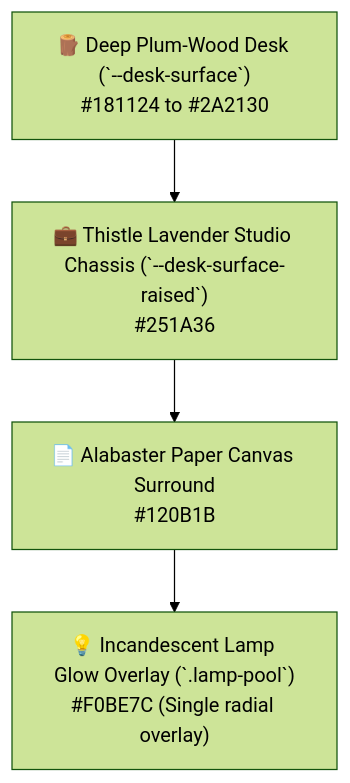
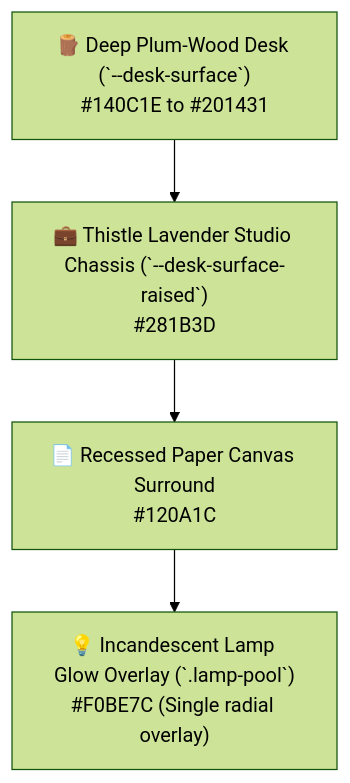
One commit to lxcario/PixiBun changed the first of 5 diagrams in DESIGN.md. Above: the diagram before and after it, drawn with Mermaid (forest theme). The commit also changed other lines of this file and 3 other files, not shown here.

Commit message:
docs: enrich technical specifications, shortcuts, and architecture documentation

````diff
--- a/DESIGN.md
+++ b/DESIGN.md
@@ -18,6 +18,6 @@
 ```mermaid
 graph TD
-    Desk["🪵 Deep Plum-Wood Desk (`--desk-surface`)<br/>#181124 to #2A2130"] --> Chassis["💼 Thistle Lavender Studio Chassis (`--desk-surface-raised`)<br/>#251A36"]
-    Chassis --> Viewport["📄 Alabaster Paper Canvas Surround<br/>#120B1B"]
+    Desk["🪵 Deep Plum-Wood Desk (`--desk-surface`)<br/>#140C1E to #201431"] --> Chassis["💼 Thistle Lavender Studio Chassis (`--desk-surface-raised`)<br/>#281B3D"]
+    Chassis --> Viewport["📄 Recessed Paper Canvas Surround<br/>#120A1C"]
     Viewport --> Lamp["💡 Incandescent Lamp Glow Overlay (`.lamp-pool`)<br/>#F0BE7C (Single radial overlay)"]
 ```
````
